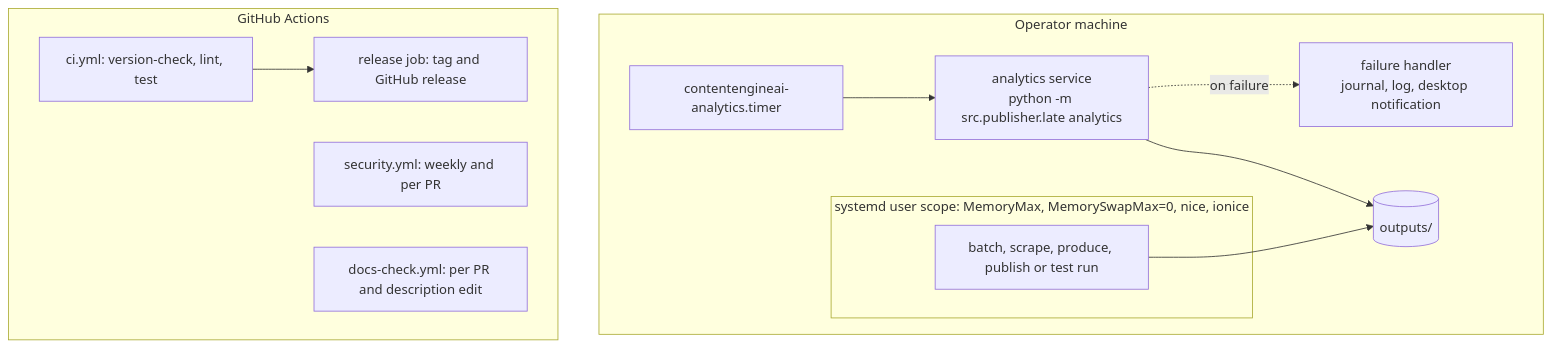
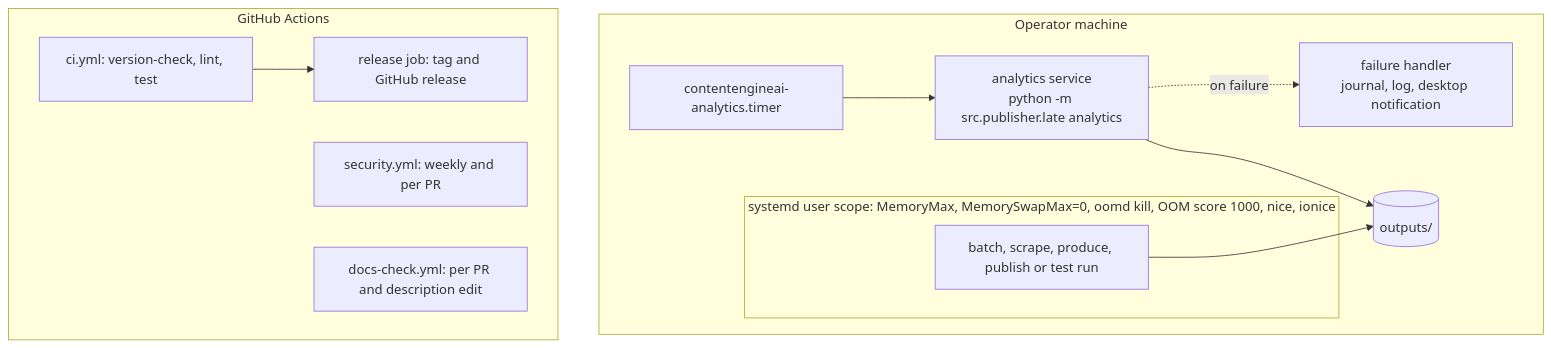
Before and after one commit to stkzlv/ContentEngineAI: the fifth of 5 diagrams in docs/architecture.md, drawn with Mermaid. The commit also changed other lines of this file and 21 other files, not shown here.

First line of the commit message:
Wait for free memory before a render and make it the OOM victim (#680)

````diff
--- a/docs/architecture.md
+++ b/docs/architecture.md
@@ -218,18 +218,18 @@
 ```mermaid
 flowchart TB
     subgraph machine["Operator machine"]
-        subgraph scope["systemd user scope: MemoryMax, MemorySwapMax=0, nice, ionice"]
+        subgraph scope["systemd user scope: MemoryMax, MemorySwapMax=0, oomd kill, OOM score 1000, nice, ionice"]
             run["batch, scrape, produce, publish or test run"]
         end
         timer["contentengineai-analytics.timer"] --> svc["analytics service<br/>python -m src.publisher.late analytics"]
         svc -.->|on failure| notify["failure handler<br/>journal, log, desktop notification"]
         outputs[("outputs/")]
         run --> outputs
         svc --> outputs
     end
     subgraph gh["GitHub Actions"]
         ci["ci.yml: version-check, lint, test"] --> rel["release job: tag and GitHub release"]
         sec["security.yml: weekly and per PR"]
         dc["docs-check.yml: per PR and description edit"]
     end
 ```
````
